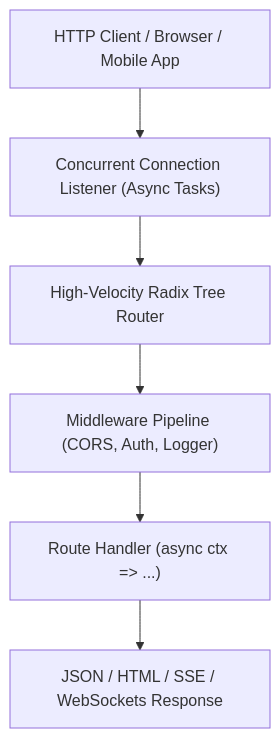
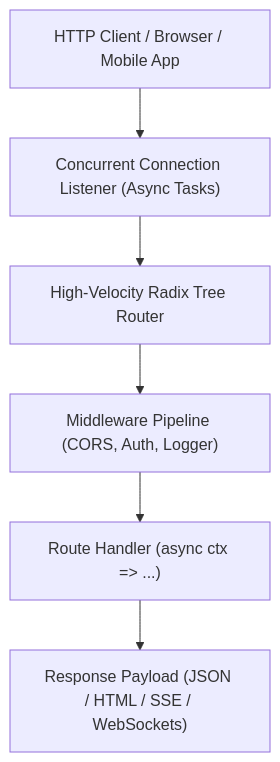
Before and after one commit to poppy-team/aipo-lang: the diagram in docs/en/packages/aipo-http.md, drawn with Mermaid. The commit also changed other lines of this file and 48 other files, not shown here.

````diff
--- a/docs/en/packages/aipo-http.md
+++ b/docs/en/packages/aipo-http.md
@@ -19,8 +19,8 @@
 ```mermaid
 graph TD
     Client["HTTP Client / Browser / Mobile App"] --> Listener["Concurrent Connection Listener (Async Tasks)"]
     Listener --> Router["High-Velocity Radix Tree Router"]
     Router --> Middlewares["Middleware Pipeline (CORS, Auth, Logger)"]
     Middlewares --> Handler["Route Handler (async ctx => ...)"]
-    Handler --> JSON["JSON / HTML / SSE / WebSockets Response"]
+    Handler --> JSON["Response Payload (JSON / HTML / SSE / WebSockets)"]
 ```
````
